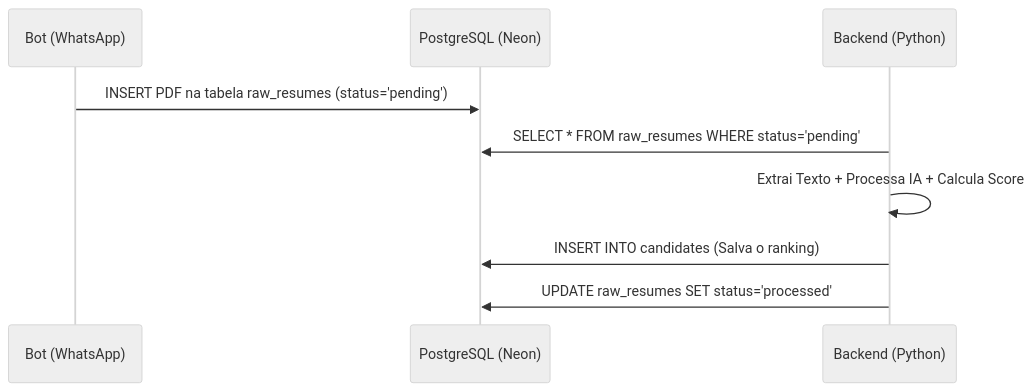
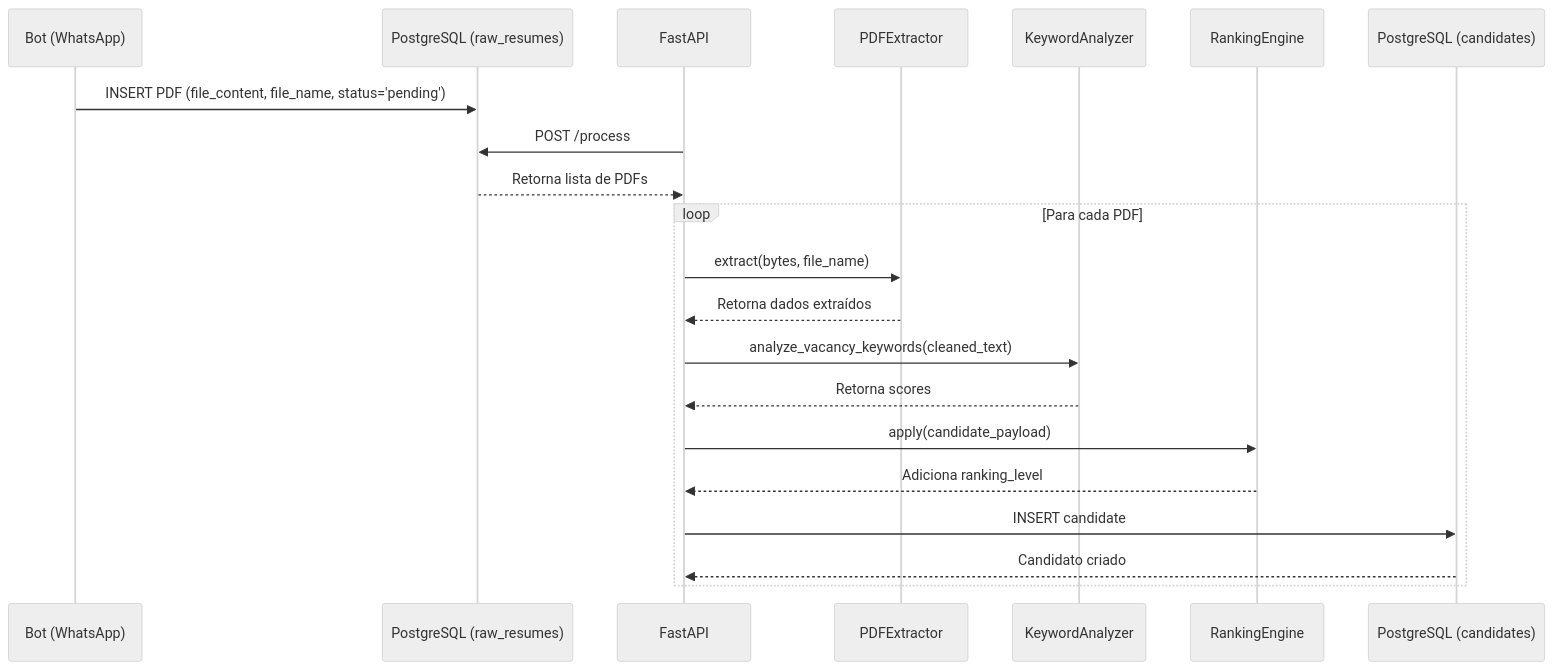
The diagram in docs/database/index.md (GPetrolini/curriculum-bot-ranker), drawn with Mermaid (neutral theme) before and after one commit. The commit also changed 7 other files, not shown here.

````diff
--- a/docs/database/index.md
+++ b/docs/database/index.md
@@ -18,12 +18,24 @@
-::: mermaid
+```mermaid
 sequenceDiagram
     participant Bot as Bot (WhatsApp)
-    participant DB as PostgreSQL (Neon)
-    participant Back as Backend (Python)
-    
-    Bot->>DB: INSERT PDF na tabela raw_resumes (status='pending')
-    Back->>DB: SELECT * FROM raw_resumes WHERE status='pending'
-    Back->>Back: Extrai Texto + Processa IA + Calcula Score
-    Back->>DB: INSERT INTO candidates (Salva o ranking)
-    Back->>DB: UPDATE raw_resumes SET status='processed'
-:::
+    participant RawDB as PostgreSQL (raw_resumes)
+    participant API as FastAPI
+    participant Extractor as PDFExtractor
+    participant Analyzer as KeywordAnalyzer
+    participant Ranker as RankingEngine
+    participant CandDB as PostgreSQL (candidates)
+
+    Bot->>RawDB: INSERT PDF (file_content, file_name, status='pending')
+    API->>RawDB: POST /process
+    RawDB-->>API: Retorna lista de PDFs
+    loop Para cada PDF
+        API->>Extractor: extract(bytes, file_name)
+        Extractor-->>API: Retorna dados extraídos
+        API->>Analyzer: analyze_vacancy_keywords(cleaned_text)
+        Analyzer-->>API: Retorna scores
+        API->>Ranker: apply(candidate_payload)
+        Ranker-->>API: Adiciona ranking_level
+        API->>CandDB: INSERT candidate
+        CandDB-->>API: Candidato criado
+    end
+```
````
